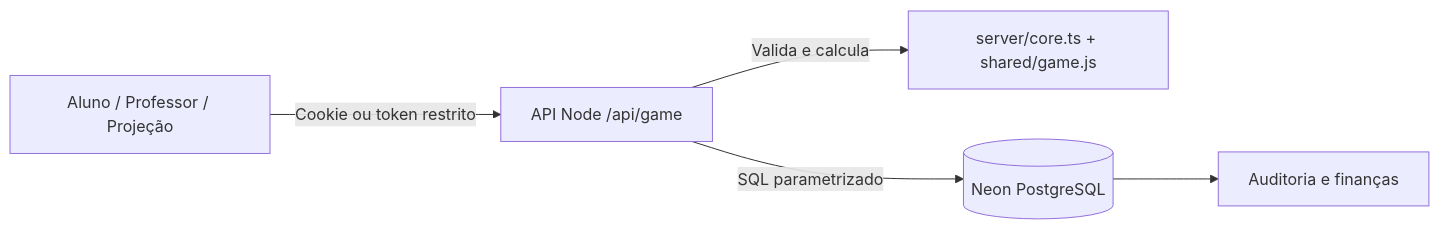
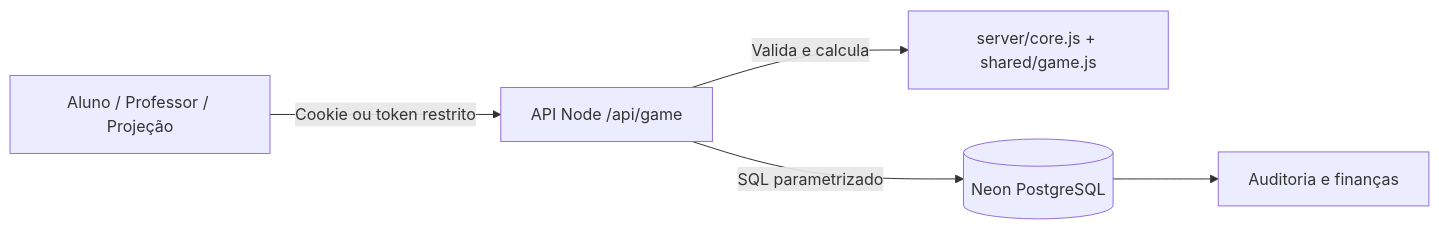
Before and after one commit to Alberanif/formula_tech: the diagram in docs/ARCHITECTURE.md, drawn with Mermaid. The commit also changed 11 other files, not shown here.

Commit message:
fix: package shared server modules for Vercel

````diff
--- a/docs/ARCHITECTURE.md
+++ b/docs/ARCHITECTURE.md
@@ -5,7 +5,7 @@
 ```mermaid
 flowchart LR
   Browser[Aluno / Professor / Projeção] -->|Cookie ou token restrito| API[API Node /api/game]
-  API -->|Valida e calcula| Rules[server/core.ts + shared/game.js]
+  API -->|Valida e calcula| Rules[server/core.js + shared/game.js]
   API -->|SQL parametrizado| Neon[(Neon PostgreSQL)]
   Neon --> Audit[Auditoria e finanças]
 ```
````
